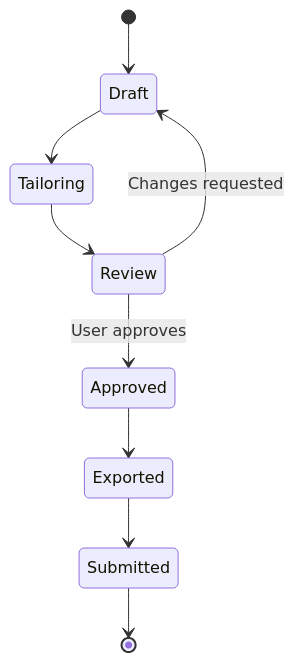
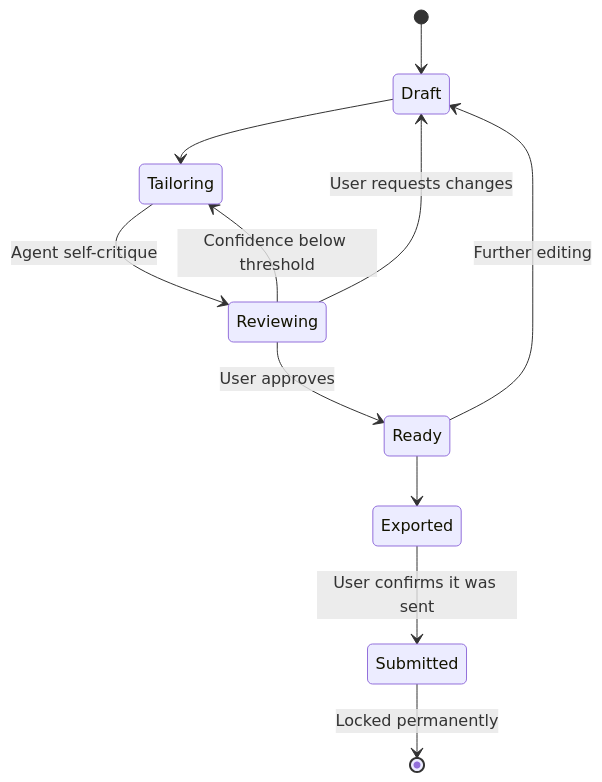
The third of 6 diagrams in docs/03_Domain_Model.md (nirtituani/CareerHQ), drawn with Mermaid before and after one commit. The commit also changed other lines of this file and 3 other files, not shown here.

````diff
--- a/docs/03_Domain_Model.md
+++ b/docs/03_Domain_Model.md
@@ -1450,11 +1475,13 @@
 ```mermaid
 stateDiagram-v2
     [*] --> Draft
     Draft --> Tailoring
-    Tailoring --> Review
-    Review --> Draft: Changes requested
-    Review --> Approved: User approves
-    Approved --> Exported
-    Exported --> Submitted
-    Submitted --> [*]
+    Tailoring --> Reviewing: Agent self-critique
+    Reviewing --> Tailoring: Confidence below threshold
+    Reviewing --> Draft: User requests changes
+    Reviewing --> Ready: User approves
+    Ready --> Draft: Further editing
+    Ready --> Exported
+    Exported --> Submitted: User confirms it was sent
+    Submitted --> [*]: Locked permanently
 ```
````
